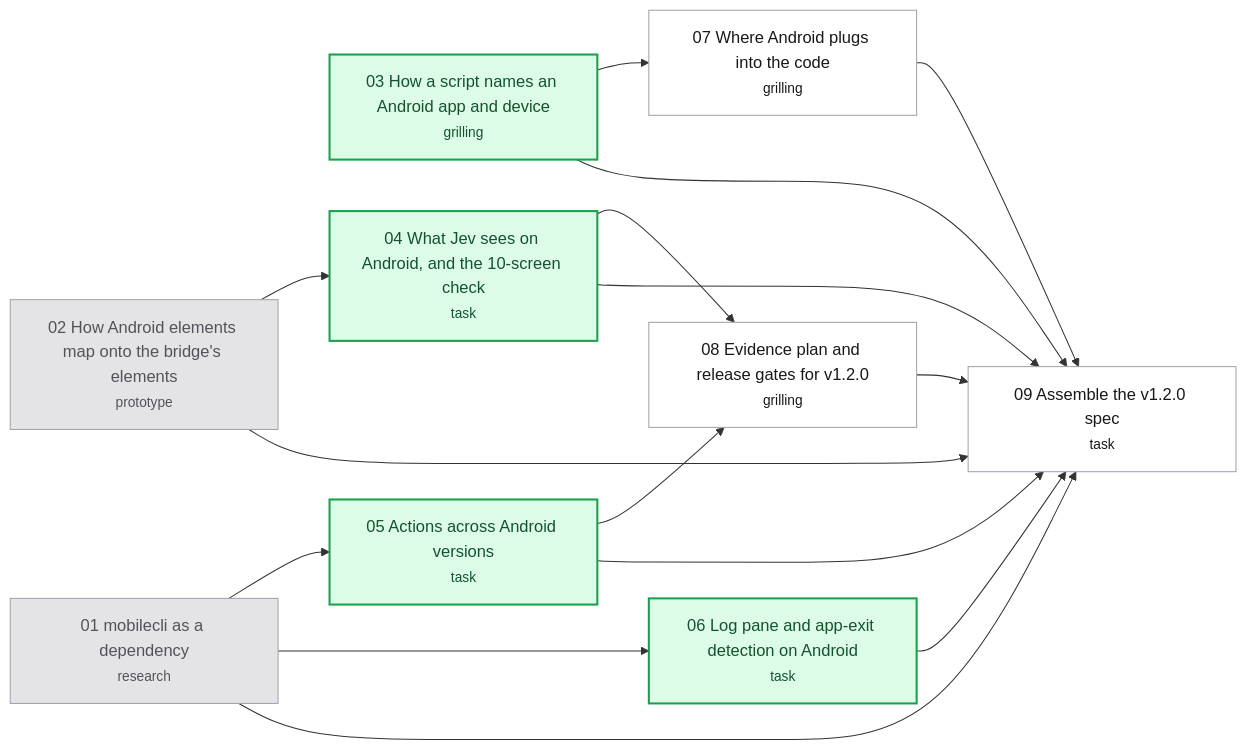
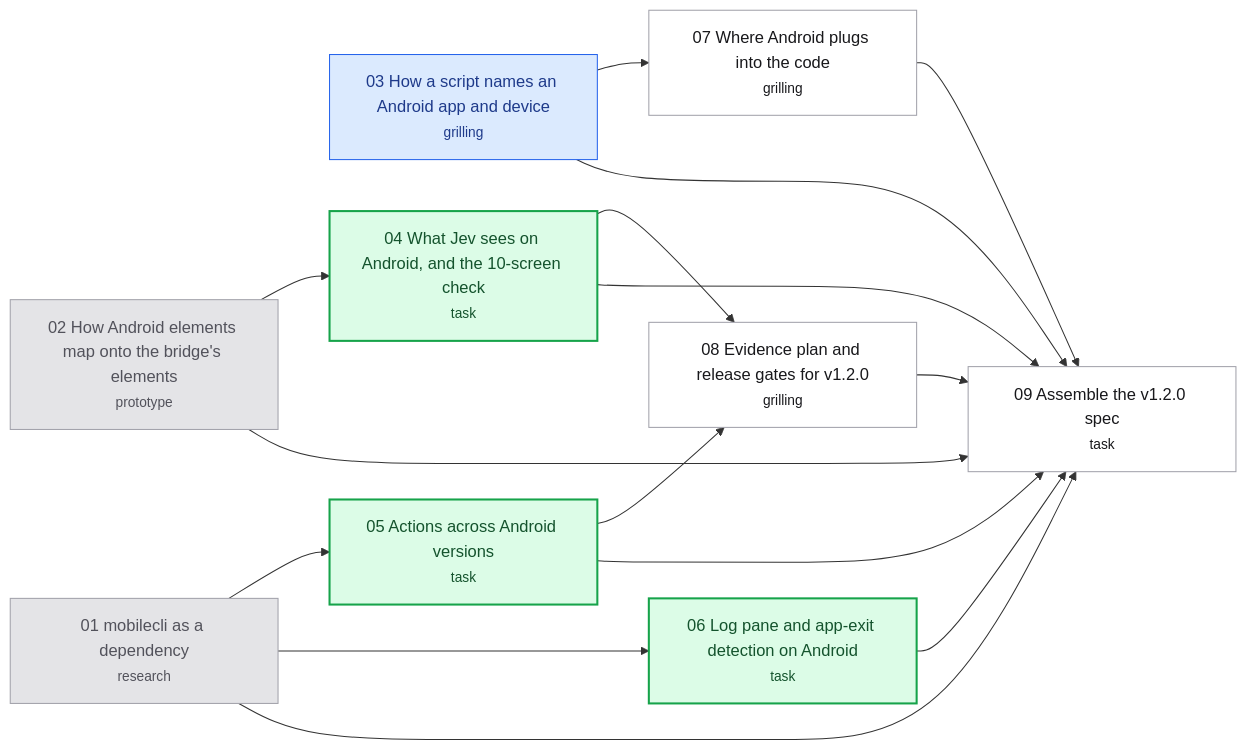
One commit to hugues-vnsgn/jev-ios-bridge changed the diagram in .scratch/android-support/map.md. Above: the diagram before and after it, drawn with Mermaid. The commit also changed 1 other file, not shown here.

Commit message:
wayfinder: claim "How a script names an Android app and device"

````diff
--- a/.scratch/android-support/map.md
+++ b/.scratch/android-support/map.md
@@ -42,33 +42,34 @@
 ```mermaid
 flowchart LR
     T01["01 mobilecli as a dependency<br/><small>research</small>"]
     T02["02 How Android elements map onto the bridge's elements<br/><small>prototype</small>"]
     T03["03 How a script names an Android app and device<br/><small>grilling</small>"]
     T04["04 What Jev sees on Android, and the 10-screen check<br/><small>task</small>"]
     T05["05 Actions across Android versions<br/><small>task</small>"]
     T06["06 Log pane and app-exit detection on Android<br/><small>task</small>"]
     T07["07 Where Android plugs into the code<br/><small>grilling</small>"]
     T08["08 Evidence plan and release gates for v1.2.0<br/><small>grilling</small>"]
     T09["09 Assemble the v1.2.0 spec<br/><small>task</small>"]
     T02 --> T04
     T01 --> T05
     T01 --> T06
     T03 --> T07
     T04 --> T08
     T05 --> T08
     T01 --> T09
     T02 --> T09
     T03 --> T09
     T04 --> T09
     T05 --> T09
     T06 --> T09
     T07 --> T09
     T08 --> T09
     classDef resolved fill:#e4e4e7,stroke:#a1a1aa,color:#52525b
     classDef claimed fill:#dbeafe,stroke:#2563eb,color:#1e3a8a
     classDef frontier fill:#dcfce7,stroke:#16a34a,color:#14532d,stroke-width:2px
     classDef blocked fill:#ffffff,stroke:#a1a1aa,color:#18181b
     class T01,T02 resolved
-    class T03,T04,T05,T06 frontier
+    class T03 claimed
+    class T04,T05,T06 frontier
     class T07,T08,T09 blocked
 ```
````
